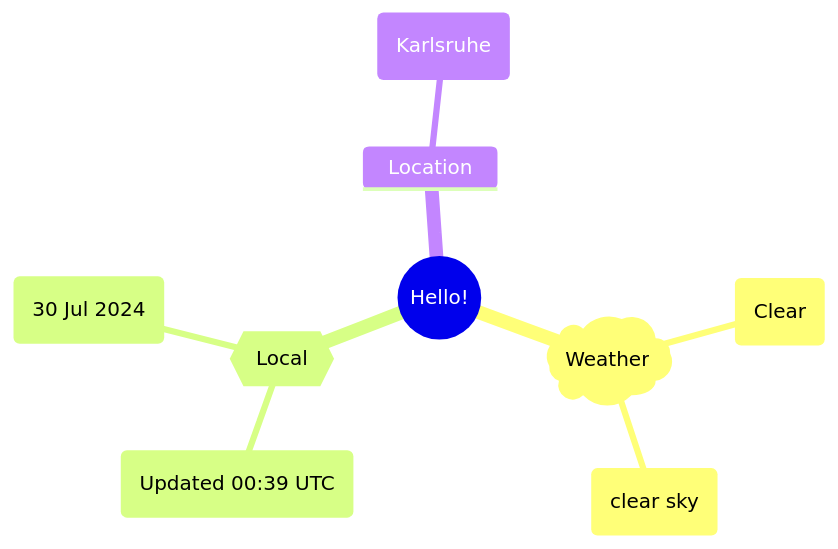
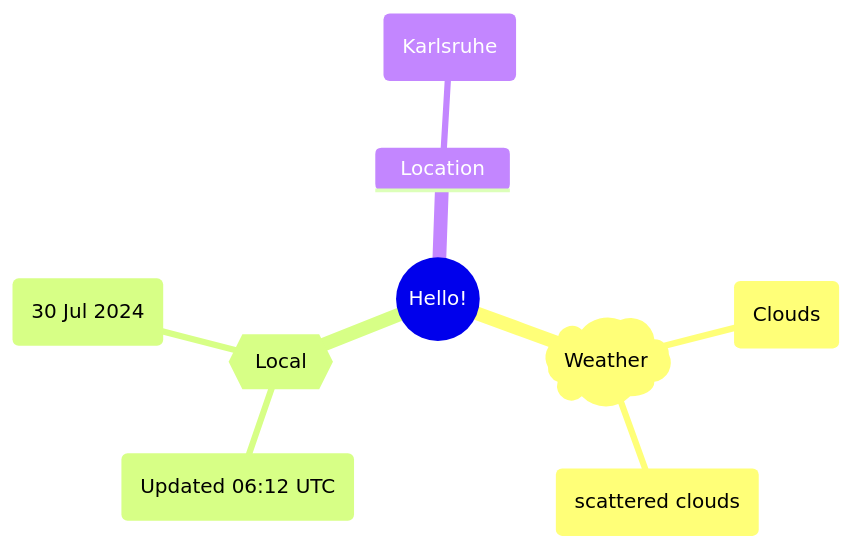
Before and after one commit to Xosrov/Xosrov: the first of 2 diagrams in README.md, drawn with Mermaid.

Commit message:
[bot] updated images

````diff
--- a/README.md
+++ b/README.md
@@ -3,12 +3,12 @@
 ```mermaid
 mindmap
   root((Hello!))
     )Weather(
-        (Clear)
-        (clear sky)
+        (Clouds)
+        (scattered clouds)
     {{Local}}
-        (Updated 00:39 UTC)
+        (Updated 06:12 UTC)
         (30 Jul 2024)
     Location
         (Karlsruhe)
 ```
````
